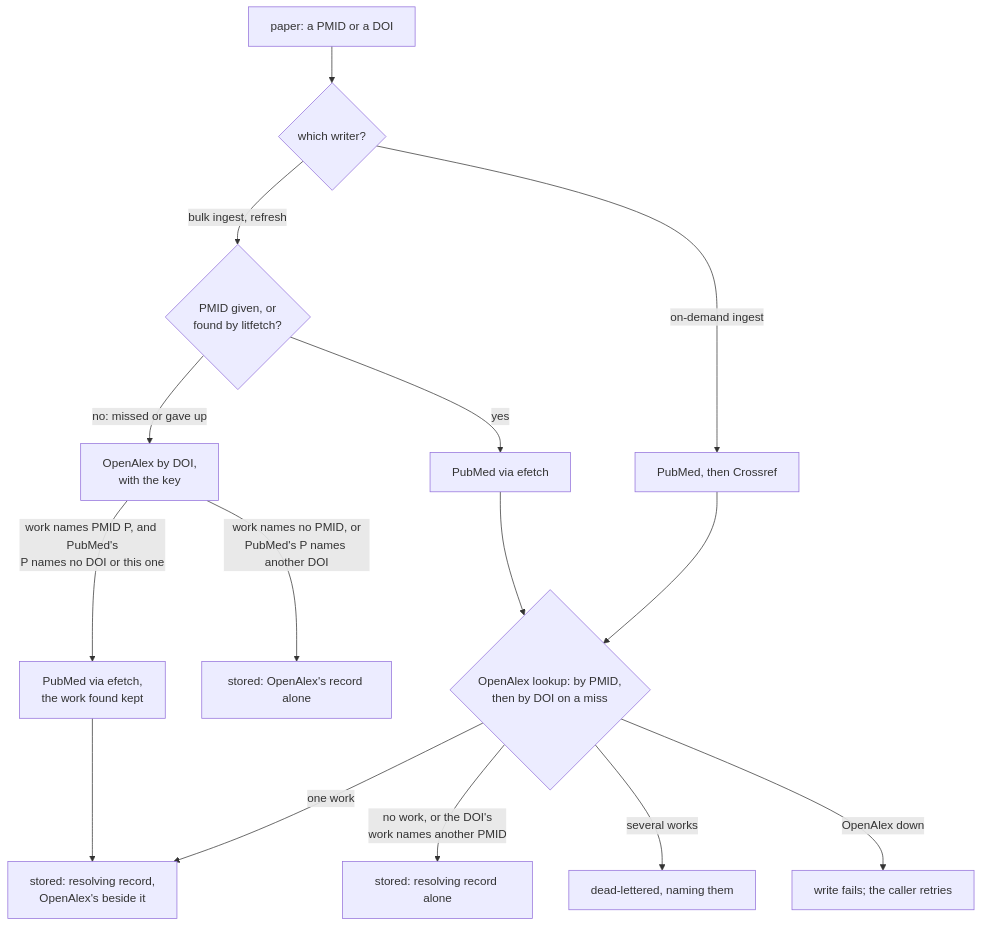
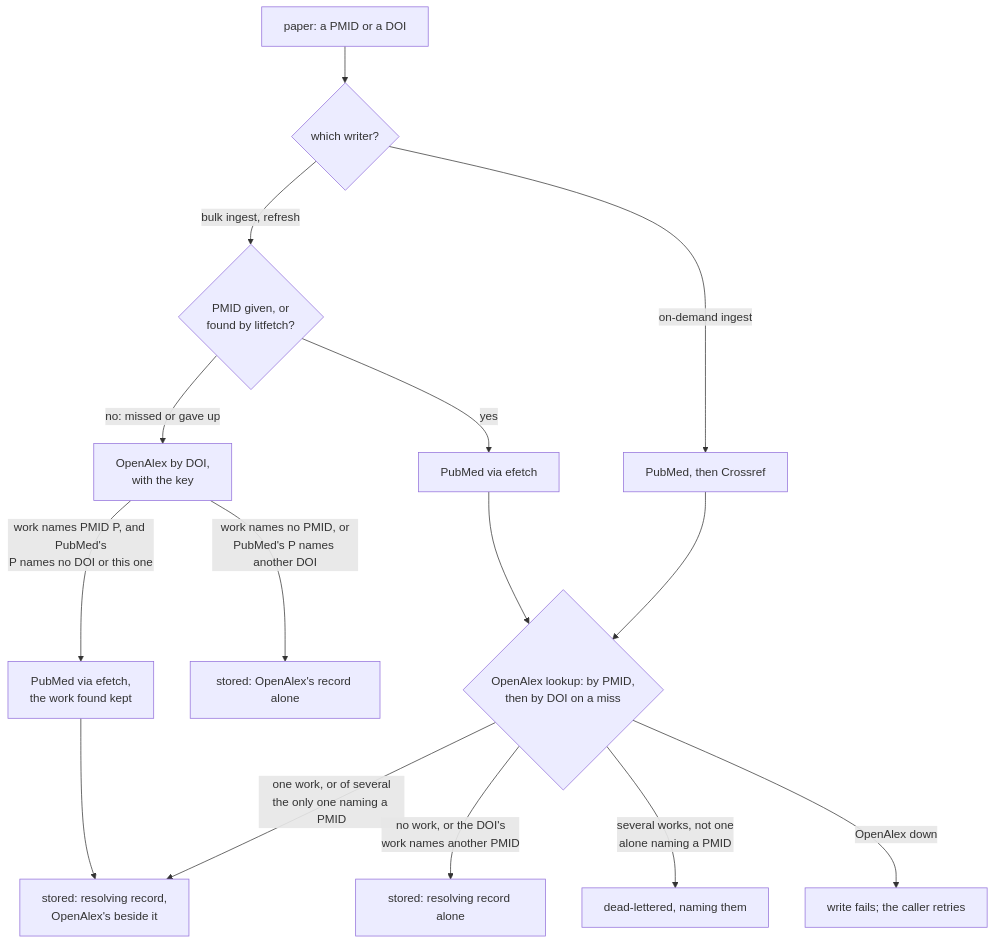
One commit to populationgenomics/themis changed the second of 2 diagrams in docs/design/litcache-manifest.md. Above: the diagram before and after it, drawn with Mermaid. The commit also changed other lines of this file and 3 other files, not shown here.

````diff
--- a/docs/design/litcache-manifest.md
+++ b/docs/design/litcache-manifest.md
@@ -409,17 +409,17 @@
 ```mermaid
 flowchart TD
     P["paper: a PMID or a DOI"] --> W{"which writer?"}
     W -- "bulk ingest, refresh" --> L{"PMID given, or<br/>found by litfetch?"}
     W -- "on-demand ingest" --> D["PubMed, then Crossref"]
     L -- "yes" --> E["PubMed via efetch"]
     L -- "no: missed or gave up" --> X["OpenAlex by DOI,<br/>with the key"]
     X -- "work names PMID P, and PubMed's<br/>P names no DOI or this one" --> E2["PubMed via efetch,<br/>the work found kept"]
     E2 --> B
     X -- "work names no PMID, or<br/>PubMed's P names another DOI" --> OA["stored: OpenAlex's record alone"]
     E --> C{"OpenAlex lookup: by PMID,<br/>then by DOI on a miss"}
     D --> C
-    C -- "one work" --> B["stored: resolving record,<br/>OpenAlex's beside it"]
+    C -- "one work, or of several<br/>the only one naming a PMID" --> B["stored: resolving record,<br/>OpenAlex's beside it"]
     C -- "no work, or the DOI's<br/>work names another PMID" --> R["stored: resolving record alone"]
-    C -- "several works" --> DL["dead-lettered, naming them"]
+    C -- "several works, not one<br/>alone naming a PMID" --> DL["dead-lettered, naming them"]
     C -- "OpenAlex down" --> F["write fails; the caller retries"]
 ```
````
